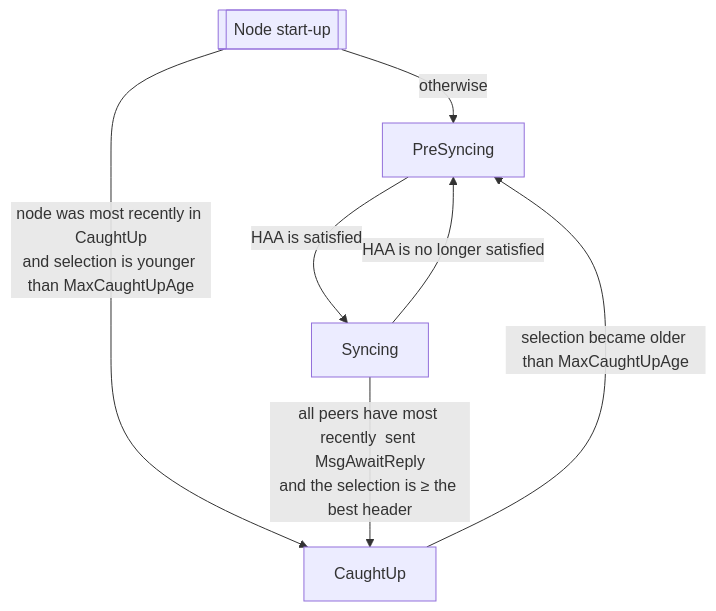
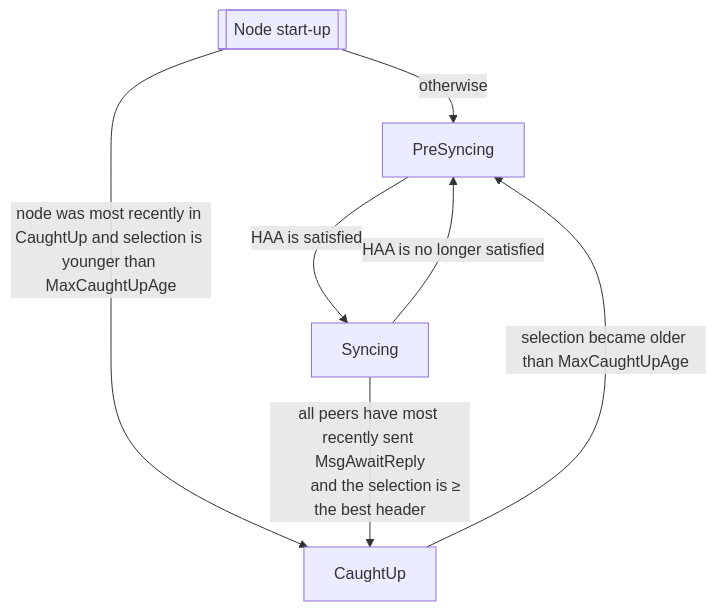
Before and after one commit to IntersectMBO/ouroboros-consensus: the second of 2 diagrams in docs/website/contents/explanation/genesis-design.md, drawn with Mermaid. The commit also changed other lines of this file, not shown here.

````diff
--- a/docs/website/contents/explanation/genesis-design.md
+++ b/docs/website/contents/explanation/genesis-design.md
@@ -242,15 +248,16 @@
 ```mermaid
 graph
     PreSyncing[PreSyncing]
     Syncing[Syncing]
     CaughtUp[CaughtUp]
 
     PreSyncing -- "HAA is satisfied" --> Syncing
     Syncing -- "HAA is no longer satisfied" --> PreSyncing
-    Syncing -- "all peers have most recently  sent MsgAwaitReply\nand the selection is ≥ the best header" --> CaughtUp
+    Syncing -- "all peers have most recently sent MsgAwaitReply
+	and the selection is ≥ the best header" --> CaughtUp
     CaughtUp -- "selection became older than MaxCaughtUpAge" --> PreSyncing
 
     StartUp[[Node start-up]]
-    StartUp -- "node was most recently in CaughtUp\nand selection is younger than MaxCaughtUpAge" --> CaughtUp
+    StartUp -- "node was most recently in CaughtUp and selection is younger than MaxCaughtUpAge" --> CaughtUp
     StartUp -- "otherwise" --> PreSyncing
 ```
````
